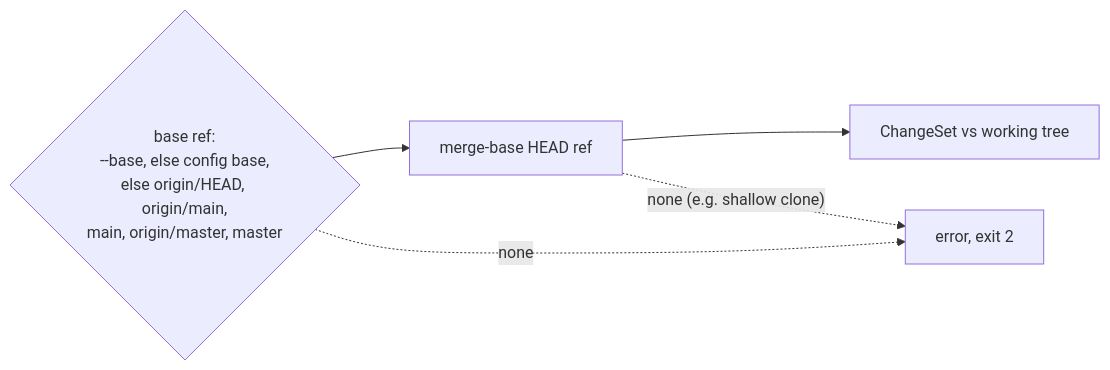
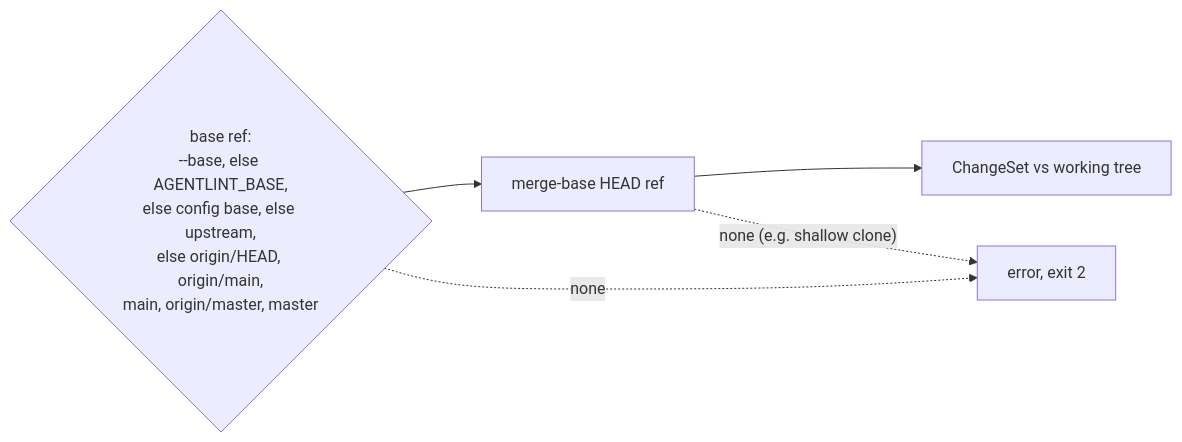
The diagram in docs/decisions/adr-001-rule-lifecycles.md (aurelienbobenrieth/agentlint), drawn with Mermaid before and after one commit. The commit also changed other lines of this file and 20 other files, not shown here.

First line of the commit message:
feat(base): judge a stacked branch against its parent; agentlint base prints the base (#67)

````diff
--- a/docs/decisions/adr-001-rule-lifecycles.md
+++ b/docs/decisions/adr-001-rule-lifecycles.md
@@ -36,7 +36,7 @@
 ```mermaid
 flowchart LR
-  R{"base ref:<br/>--base, else config base,<br/>else origin/HEAD, origin/main,<br/>main, origin/master, master"} --> M["merge-base HEAD ref"]
+  R{"base ref:<br/>--base, else AGENTLINT_BASE,<br/>else config base, else upstream,<br/>else origin/HEAD, origin/main,<br/>main, origin/master, master"} --> M["merge-base HEAD ref"]
   M --> S["ChangeSet vs working tree"]
   R -. none .-> E["error, exit 2"]
   M -. "none (e.g. shallow clone)" .-> E
 ```
````
